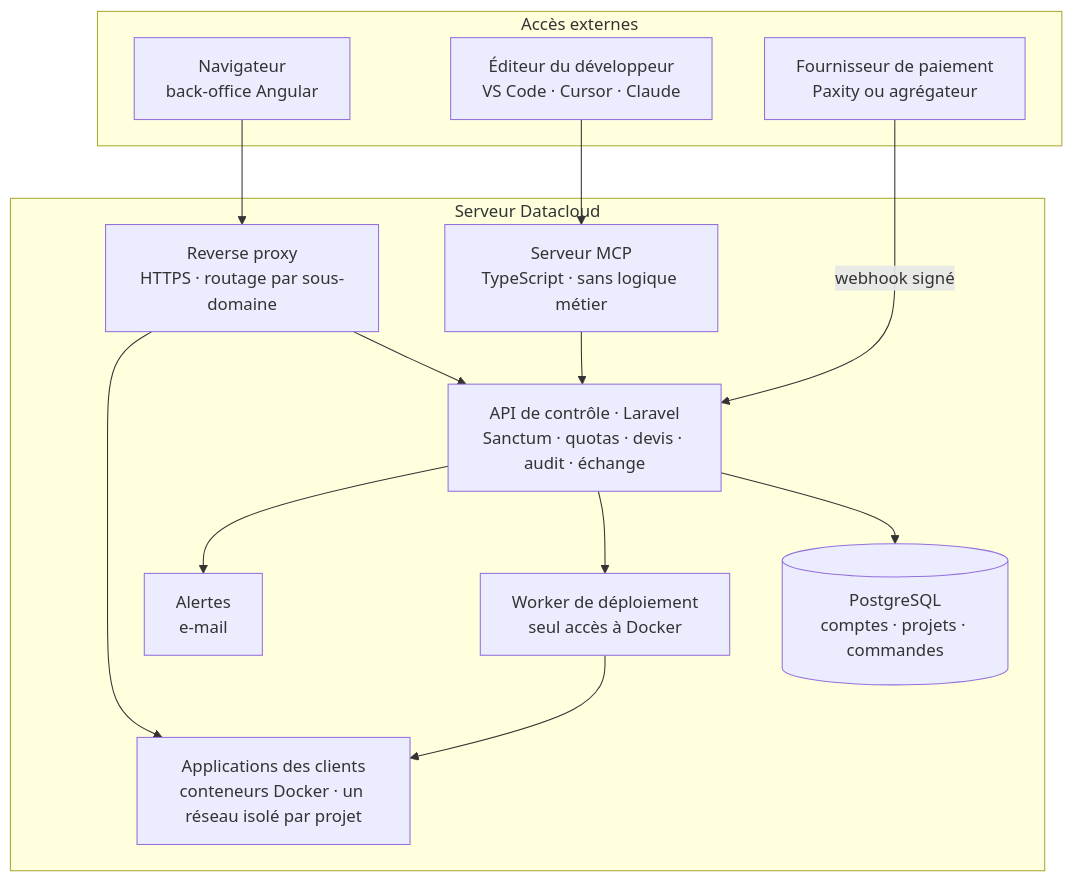
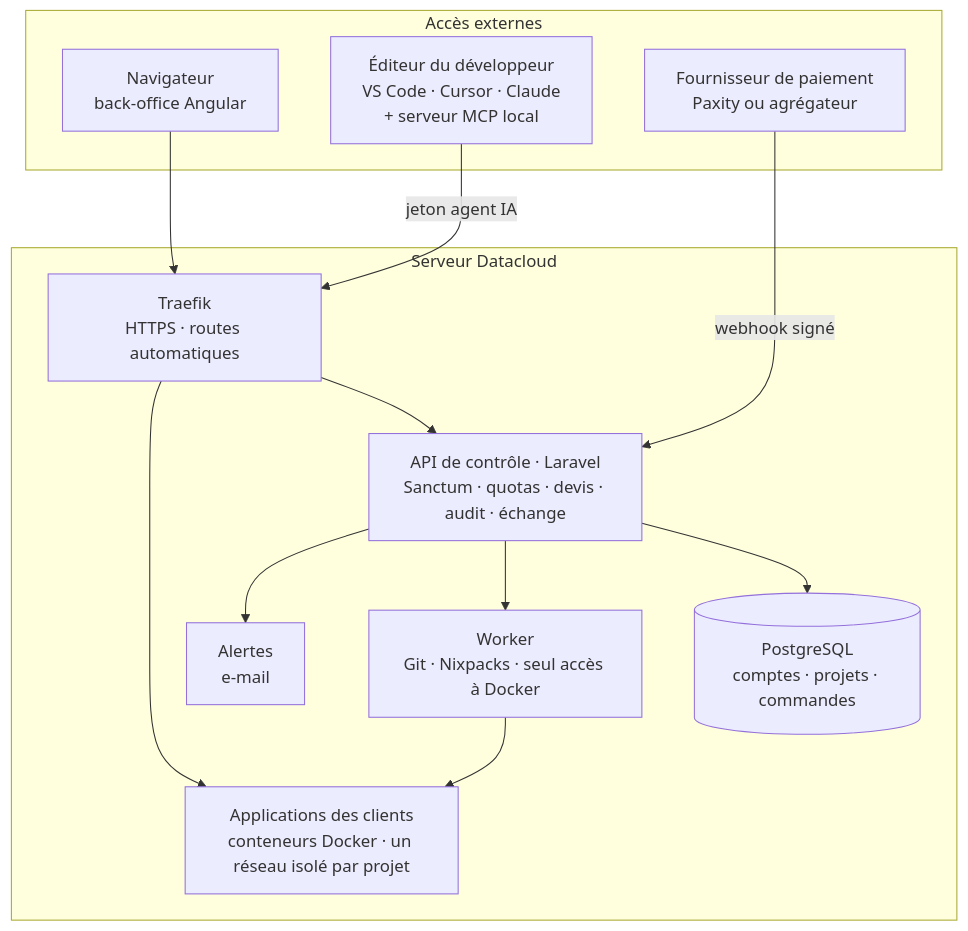
One commit to babouserigne028/sama-cloud changed the diagram in README.md. Above: the diagram before and after it, drawn with Mermaid. The commit also changed other lines of this file, not shown here.

````diff
--- a/README.md
+++ b/README.md
@@ -98,26 +103,25 @@
 ```mermaid
 flowchart TB
     subgraph EXT[Accès externes]
         NAV[Navigateur<br/>back-office Angular]
-        EDI[Éditeur du développeur<br/>VS Code · Cursor · Claude]
+        EDI[Éditeur du développeur<br/>VS Code · Cursor · Claude<br/>+ serveur MCP local]
         PAY[Fournisseur de paiement<br/>Paxity ou agrégateur]
     end
 
     subgraph SRV[Serveur Datacloud]
-        PROXY[Reverse proxy<br/>HTTPS · routage par sous-domaine]
-        MCP[Serveur MCP<br/>TypeScript · sans logique métier]
+        PROXY[Traefik<br/>HTTPS · routes automatiques]
         API[API de contrôle · Laravel<br/>Sanctum · quotas · devis · audit · échange]
         DB[(PostgreSQL<br/>comptes · projets · commandes)]
-        WORKER[Worker de déploiement<br/>seul accès à Docker]
+        WORKER[Worker<br/>Git · Nixpacks · seul accès à Docker]
         ALERT[Alertes<br/>e-mail]
         APPS[Applications des clients<br/>conteneurs Docker · un réseau isolé par projet]
     end
 
     NAV --> PROXY --> API
-    EDI --> MCP --> API
+    EDI -- jeton agent IA --> PROXY
     PAY -- webhook signé --> API
     API --> DB
     API --> WORKER --> APPS
     API --> ALERT
     PROXY --> APPS
 ```
````
